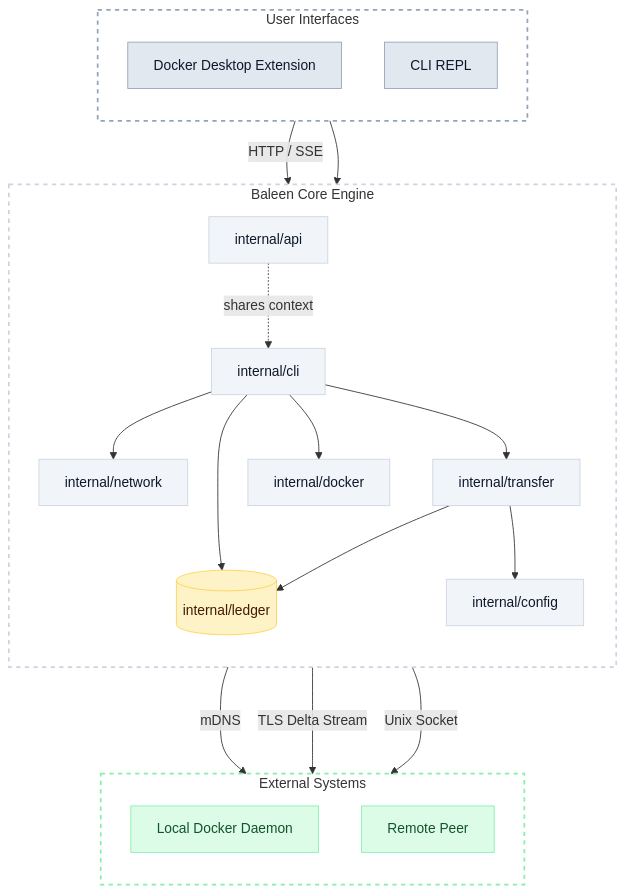
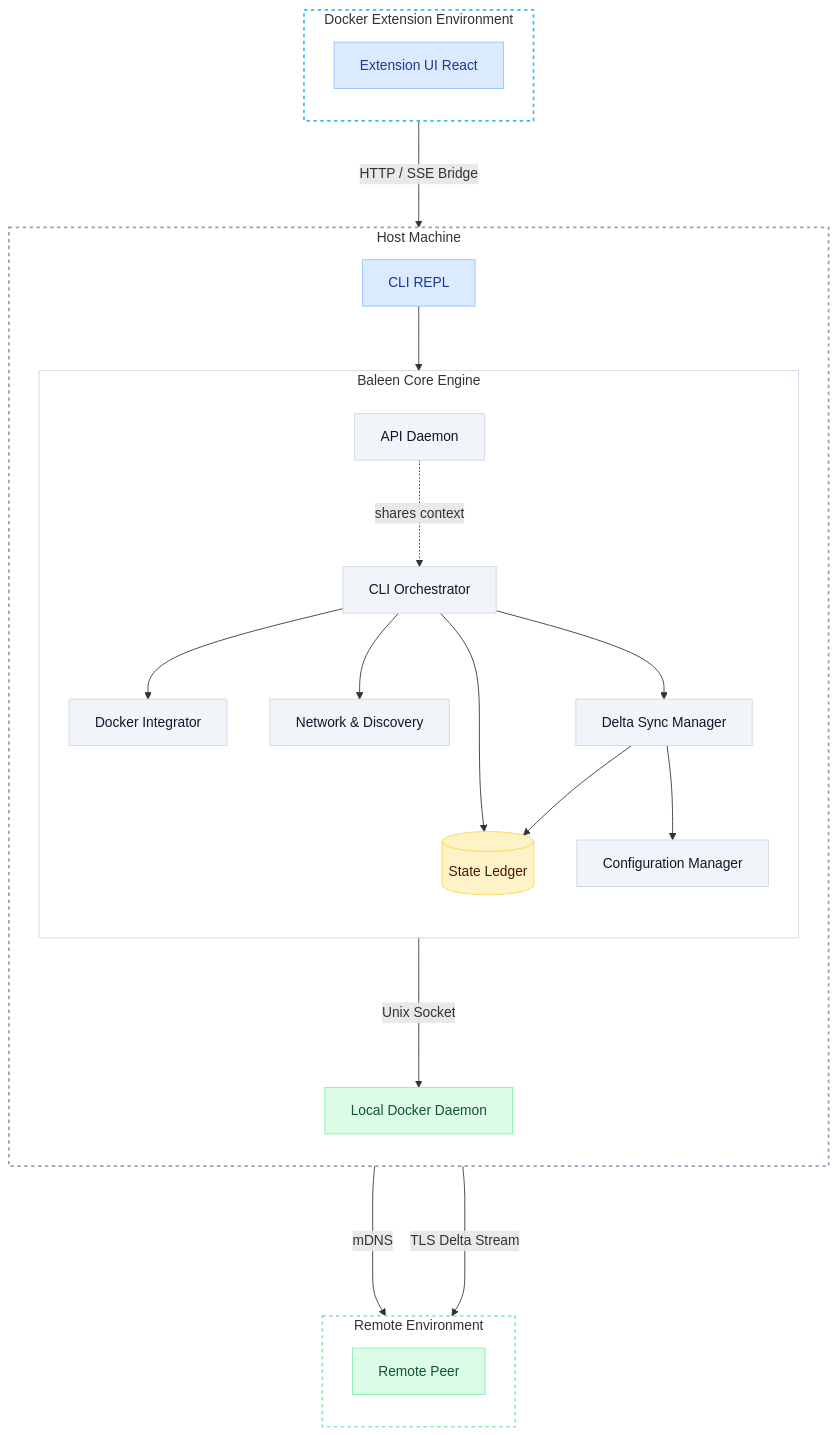
One commit to BGYKanishka/baleen-engine changed the diagram in README.md. Above: the diagram before and after it, drawn with Mermaid. The commit also changed other lines of this file, not shown here.

Commit message:
Refactor Mermaid diagram in README.md

````diff
--- a/README.md
+++ b/README.md
@@ -31,57 +31,62 @@
 ```mermaid
 graph TD
     %% Node Styling (Muted, professional colors)
-    classDef ui fill:#e2e8f0,stroke:#94a3b8,color:#0f172a;
+    classDef ui fill:#dbeafe,stroke:#93c5fd,color:#1e3a8a;
     classDef core fill:#f1f5f9,stroke:#cbd5e1,color:#0f172a;
     classDef db fill:#fef3c7,stroke:#fcd34d,color:#451a03;
     classDef ext fill:#dcfce7,stroke:#86efac,color:#14532d;
 
-    %% Subgraph Styling (Transparent backgrounds, subtle borders)
-    style Interfaces fill:none,stroke:#94a3b8,stroke-width:2px,stroke-dasharray: 5 5
-    style Core fill:none,stroke:#cbd5e1,stroke-width:2px,stroke-dasharray: 5 5
-    style External fill:none,stroke:#86efac,stroke-width:2px,stroke-dasharray: 5 5
+    %% Environment Boundaries Styling
+    style DockerExt fill:none,stroke:#38bdf8,stroke-width:2px,stroke-dasharray: 4 4
+    style HostOS fill:none,stroke:#94a3b8,stroke-width:2px,stroke-dasharray: 4 4
+    style Core fill:none,stroke:#cbd5e1,stroke-width:1px
+    style RemoteMachine fill:none,stroke:#86efac,stroke-width:2px,stroke-dasharray: 4 4
 
-    subgraph Interfaces [User Interfaces]
+    subgraph DockerExt [Docker Extension Environment]
         direction TB
-        UI[Docker Desktop Extension]:::ui
-        CLI[CLI REPL]:::ui
+        UI[Extension UI React]:::ui
     end
 
-    subgraph Core [Baleen Core Engine]
+    subgraph HostOS [Host Machine]
         direction TB
-        API[internal/api]:::core
-        CLI_PKG[internal/cli]:::core
-        Net[internal/network]:::core
-        Trans[internal/transfer]:::core
-        Doc[internal/docker]:::core
-        Ledger[(internal/ledger)]:::db
-        Config[internal/config]:::core
+        CLI[CLI REPL]:::ui
+        
+        subgraph Core [Baleen Core Engine]
+            direction TB
+            API[API Daemon]:::core
+            CLI_PKG[CLI Orchestrator]:::core
+            Net[Network & Discovery]:::core
+            Trans[Delta Sync Manager]:::core
+            Doc[Docker Integrator]:::core
+            Ledger[(State Ledger)]:::db
+            Config[Configuration Manager]:::core
+        end
+        
+        Daemon[Local Docker Daemon]:::ext
     end
 
-    subgraph External [External Systems]
+    subgraph RemoteMachine [Remote Environment]
         direction TB
-        Daemon[Local Docker Daemon]:::ext
         Peer[Remote Peer]:::ext
     end
 
-    UI -->|HTTP / SSE| API
+    %% Environment Crossing
+    UI --->|HTTP / SSE Bridge| API
+    
+    %% Internal Host connections
     CLI --> CLI_PKG
-
-    %% API and CLI share the EngineContext
     API -.->|shares context| CLI_PKG
     
-    %% CLI orchestrates the core subsystems
+    CLI_PKG --> Doc
+    CLI_PKG --> Ledger
     CLI_PKG --> Net
     CLI_PKG --> Trans
-    CLI_PKG --> Doc
-    CLI_PKG --> Ledger
     
-    %% Transfer relies on Config and Ledger
     Trans --> Config
     Trans --> Ledger
+    Doc --->|Unix Socket| Daemon
 
-    %% Longer arrows (--->) enforce a higher rank separation to push External Systems to the bottom
-    Net --->|mDNS| Peer
-    Trans --->|TLS Delta Stream| Peer
-    Doc --->|Unix Socket| Daemon
+    %% Network Connections
+    Net ---->|mDNS| Peer
+    Trans ---->|TLS Delta Stream| Peer
 ```
````
